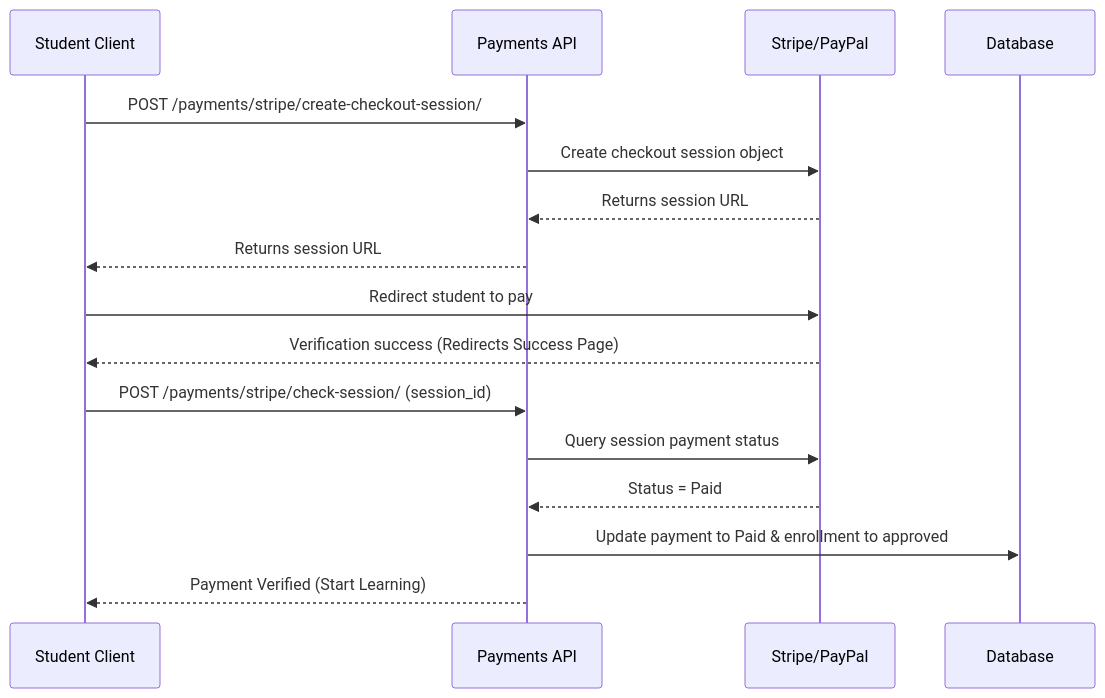
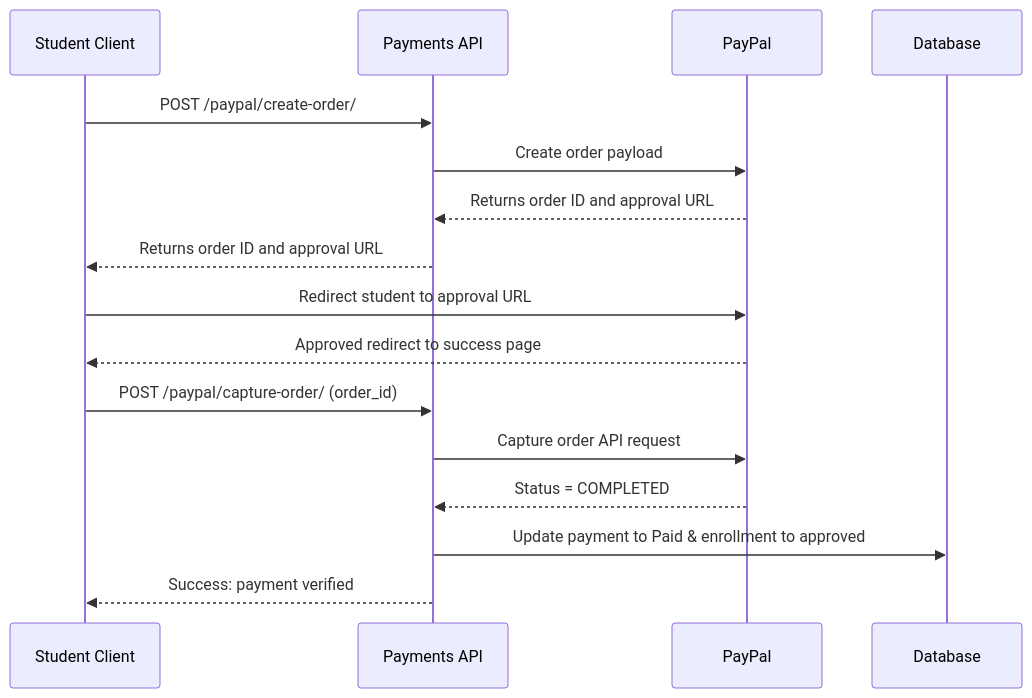
One commit to tania2310/LightLearn-LMS changed the fifth of 6 diagrams in ARCHITECTURE.md. Above: the diagram before and after it, drawn with Mermaid. The commit also changed other lines of this file and 50 other files, not shown here.

Commit message:
Implemented PayPal payment flow and LMS updates

````diff
--- a/ARCHITECTURE.md
+++ b/ARCHITECTURE.md
@@ -104,19 +103,19 @@
 ```mermaid
 sequenceDiagram
     participant Student as Student Client
     participant API as Payments API
-    participant Gateway as Stripe/PayPal
+    participant Gateway as PayPal
     participant DB as Database
 
-    Student->>API: POST /payments/stripe/create-checkout-session/
-    API->>Gateway: Create checkout session object
-    Gateway-->>API: Returns session URL
-    API-->>Student: Returns session URL
-    Student->>Gateway: Redirect student to pay
-    Gateway-->>Student: Verification success (Redirects Success Page)
-    Student->>API: POST /payments/stripe/check-session/ (session_id)
-    API->>Gateway: Query session payment status
-    Gateway-->>API: Status = Paid
+    Student->>API: POST /paypal/create-order/
+    API->>Gateway: Create order payload
+    Gateway-->>API: Returns order ID and approval URL
+    API-->>Student: Returns order ID and approval URL
+    Student->>Gateway: Redirect student to approval URL
+    Gateway-->>Student: Approved redirect to success page
+    Student->>API: POST /paypal/capture-order/ (order_id)
+    API->>Gateway: Capture order API request
+    Gateway-->>API: Status = COMPLETED
     API->>DB: Update payment to Paid & enrollment to approved
-    API-->>Student: Payment Verified (Start Learning)
+    API-->>Student: Success: payment verified
 ```
````
